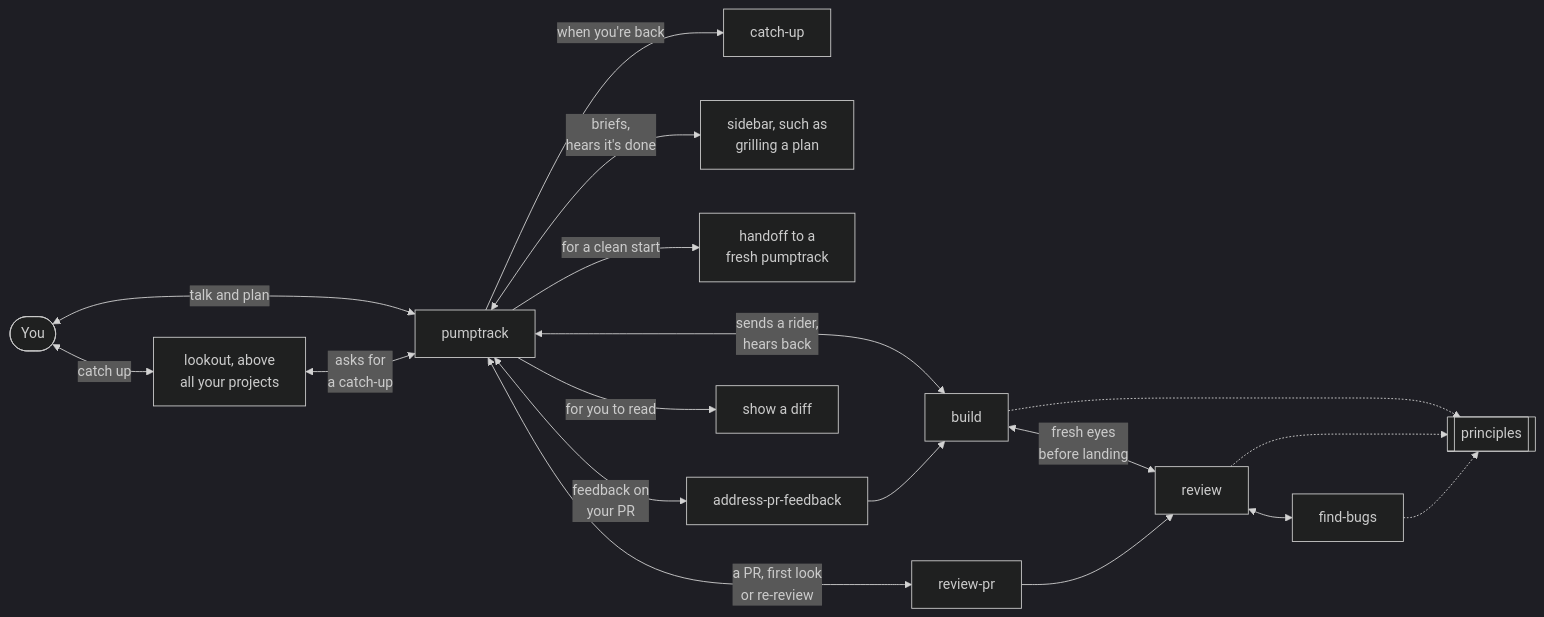
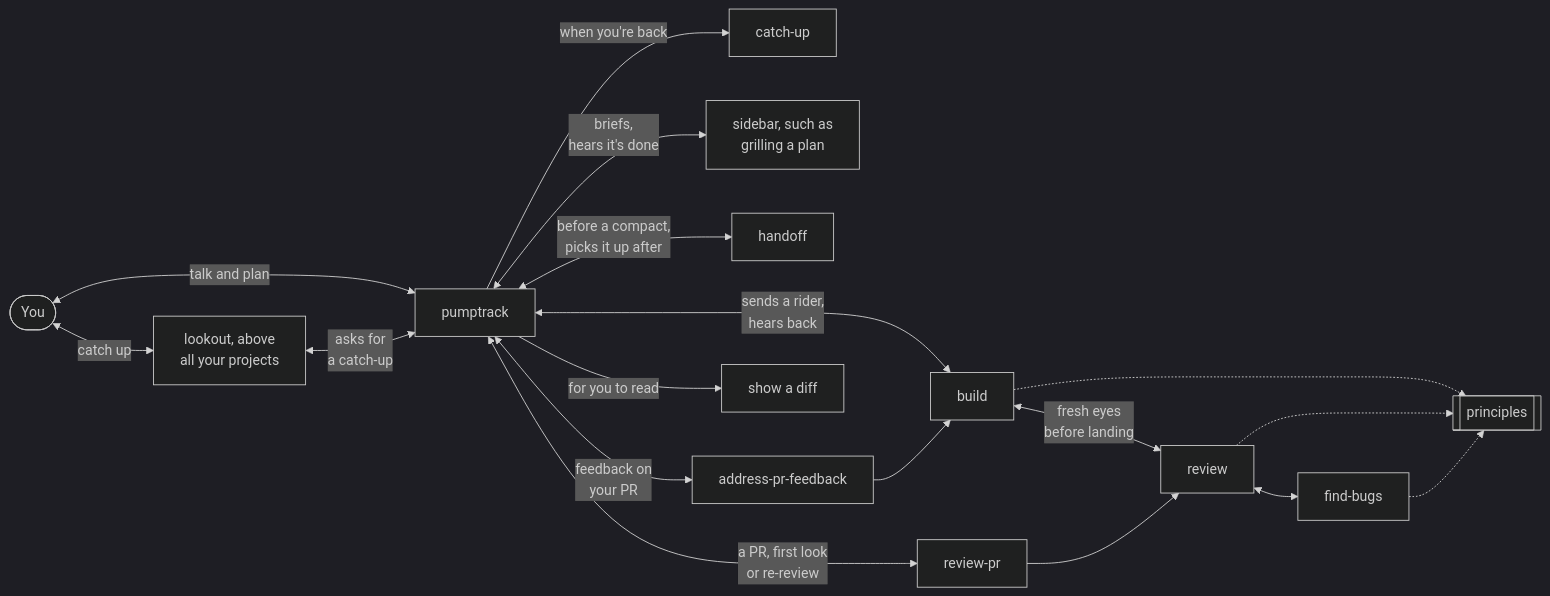
The first of 2 diagrams in README.md (brandonbews/pumptrack), drawn with Mermaid (dark theme) before and after one commit. The commit also changed other lines of this file and 3 other files, not shown here.

````diff
--- a/README.md
+++ b/README.md
@@ -28,20 +28,20 @@
 ```mermaid
 flowchart LR
   you(["You"]) <-->|talk and plan| pt["pumptrack"]
   you <-->|catch up| lookout["lookout, above<br/>all your projects"]
   lookout <-->|"asks for<br/>a catch-up"| pt
   pt -->|"when you're back"| catchup["catch-up"]
   pt <-->|"briefs,<br/>hears it's done"| sidebar["sidebar, such as<br/>grilling a plan"]
-  pt -->|"for a clean start"| handoff["handoff to a<br/>fresh pumptrack"]
+  pt <-->|"before a compact,<br/>picks it up after"| handoff["handoff"]
   pt <-->|"sends a rider,<br/>hears back"| build["build"]
   build <-->|"fresh eyes<br/>before landing"| review["review"]
   pt <-->|"a PR, first look<br/>or re-review"| prreview["review-pr"]
   prreview --> review
   pt <-->|"feedback on<br/>your PR"| feedback["address-pr-feedback"]
   pt -->|for you to read| diff["show a diff"]
   feedback --> build
   review <--> bugs["find-bugs"]
   build -.-> principles[["principles"]]
   review -.-> principles
   bugs -.-> principles
 ```
````
